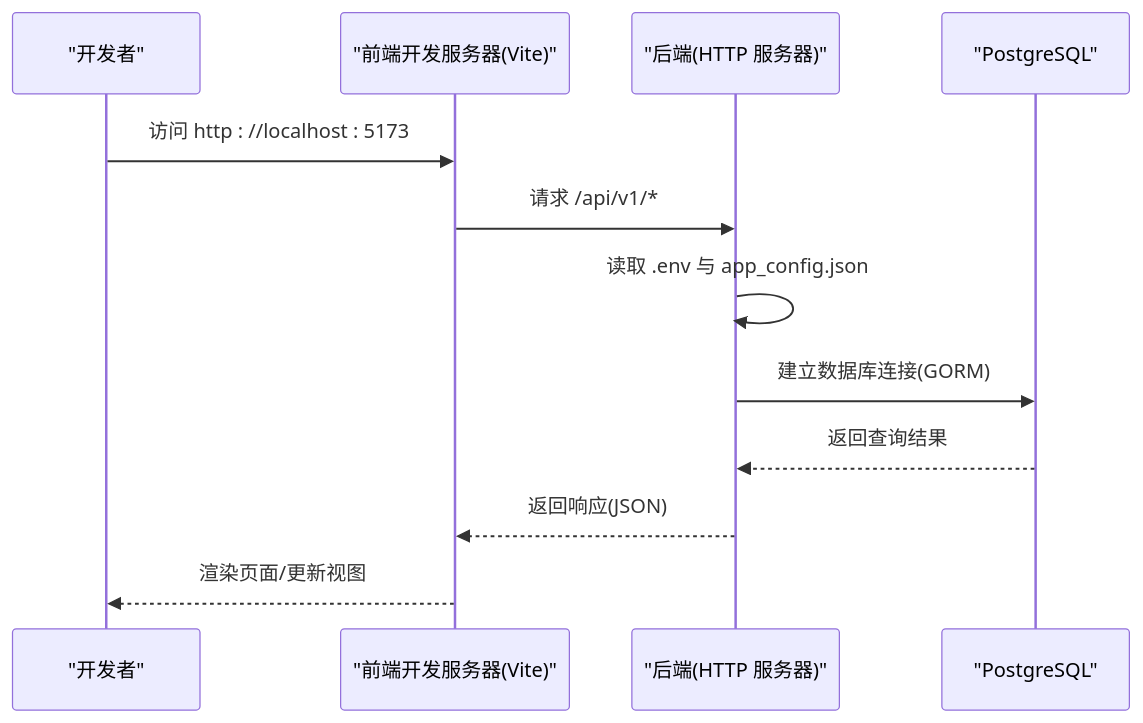
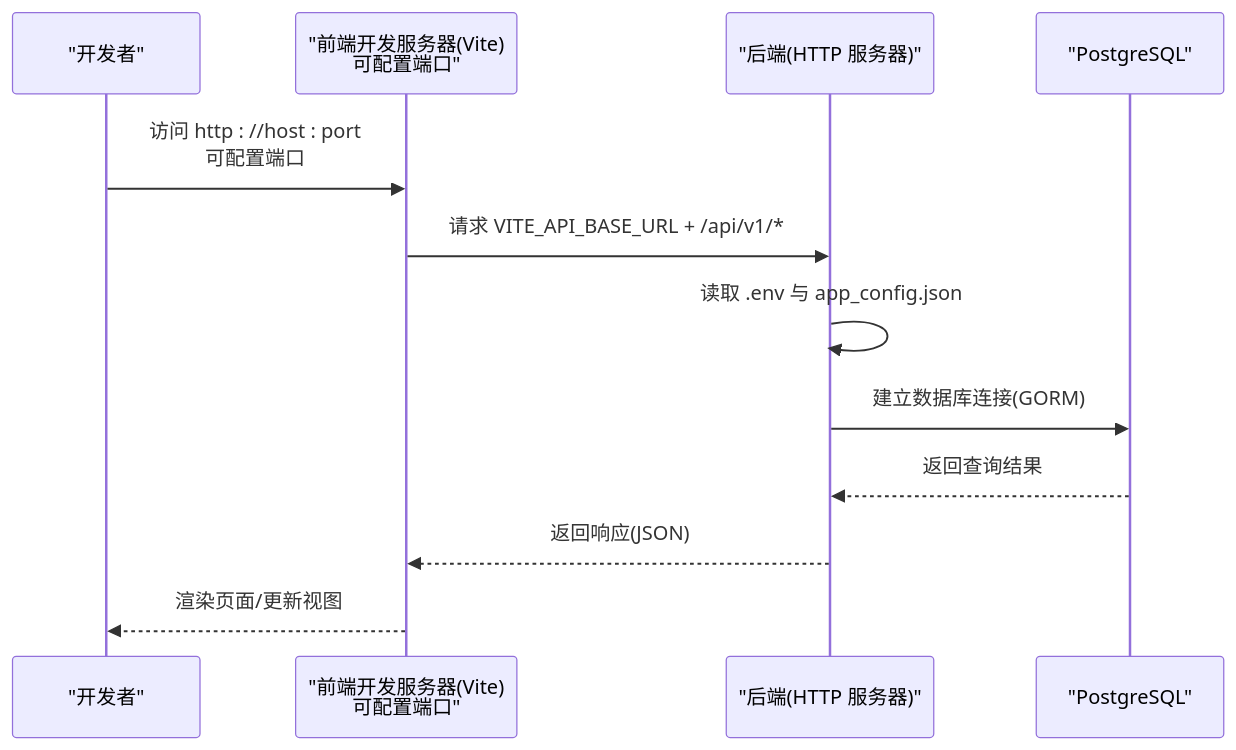
The second of 3 diagrams in .qoder/repowiki/zh/content/开发指南/开发环境配置.md (ATOMLubover/poprako), drawn with Mermaid before and after one commit. The commit also changed other lines of this file and 22 other files, not shown here.

````diff
--- a/.qoder/repowiki/zh/content/开发指南/开发环境配置.md
+++ b/.qoder/repowiki/zh/content/开发指南/开发环境配置.md
@@ -106,14 +126,14 @@
 ```mermaid
 sequenceDiagram
 participant Dev as "开发者"
-participant FE as "前端开发服务器(Vite)"
+participant FE as "前端开发服务器(Vite)<br/>可配置端口"
 participant BE as "后端(HTTP 服务器)"
 participant DB as "PostgreSQL"
-Dev->>FE : 访问 http : //localhost : 5173
-FE->>BE : 请求 /api/v1/*
+Dev->>FE : 访问 http : //host : port<br/>可配置端口
+FE->>BE : 请求 VITE_API_BASE_URL + /api/v1/*
 BE->>BE : 读取 .env 与 app_config.json
 BE->>DB : 建立数据库连接(GORM)
 DB-->>BE : 返回查询结果
 BE-->>FE : 返回响应(JSON)
 FE-->>Dev : 渲染页面/更新视图
 ```
````
